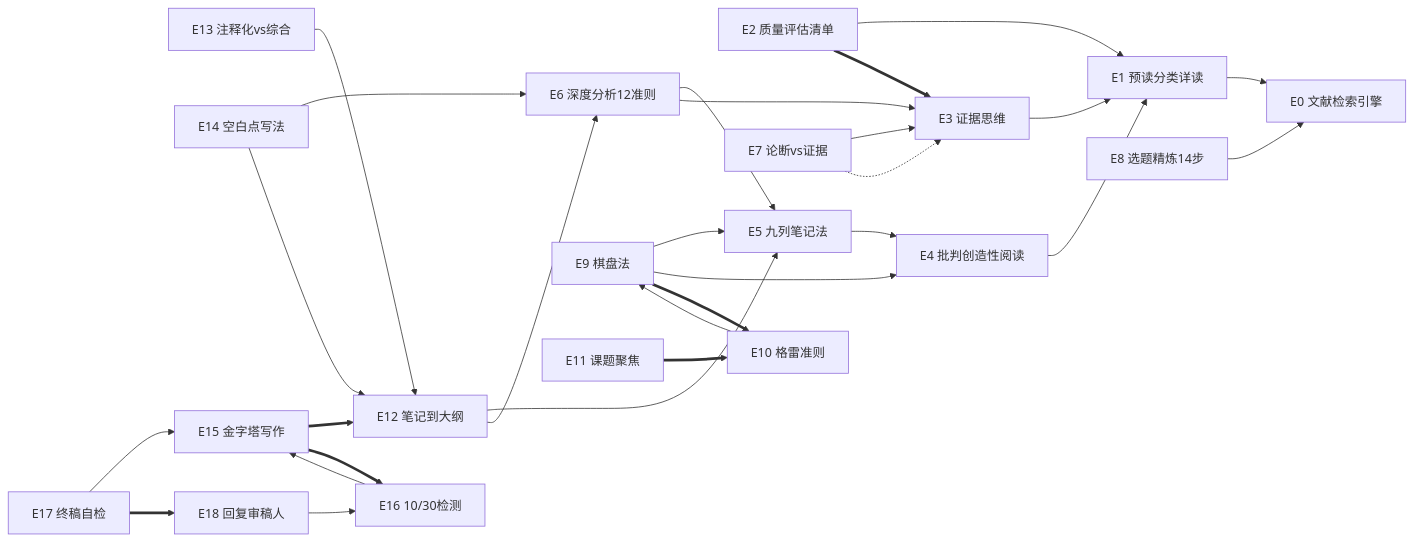
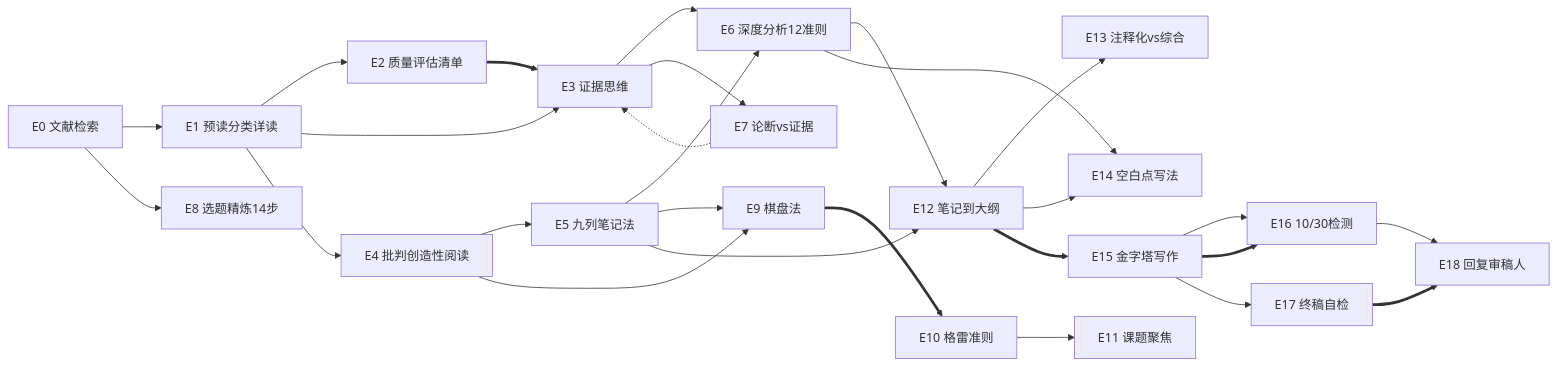
The diagram in project-docs/SUITE_INDEX.md (Rodneyli/paper-writing-skills), drawn with Mermaid before and after one commit. The commit also changed other lines of this file and 37 other files, not shown here.

````diff
--- a/project-docs/SUITE_INDEX.md
+++ b/project-docs/SUITE_INDEX.md
@@ -100,50 +72,29 @@
 ```mermaid
 graph LR
-    E0[E0 文献检索引擎]
-    E1[E1 预读分类详读]
-    E2[E2 质量评估清单]
-    E3[E3 证据思维]
-    E4[E4 批判创造性阅读]
-    E5[E5 九列笔记法]
-    E6[E6 深度分析12准则]
-    E7[E7 论断vs证据]
-    E8[E8 选题精炼14步]
-    E9[E9 棋盘法]
-    E10[E10 格雷准则]
-    E11[E11 课题聚焦]
-    E12[E12 笔记到大纲]
-    E13[E13 注释化vs综合]
-    E14[E14 空白点写法]
-    E15[E15 金字塔写作]
-    E16[E16 10/30检测]
-    E17[E17 终稿自检]
-    E18[E18 回复审稿人]
-
-    E1 --> E0
-    E2 --> E1
-    E3 --> E1
+    E0[E0 文献检索] --> E1[E1 预读分类详读]
+    E1 --> E2[E2 质量评估清单]
+    E1 --> E3[E3 证据思维]
     E2 ==> E3
-    E4 --> E1
-    E5 --> E4
-    E6 --> E5
-    E6 --> E3
-    E7 --> E3
+    E1 --> E4[E4 批判创造性阅读]
+    E4 --> E5[E5 九列笔记法]
+    E5 --> E6[E6 深度分析12准则]
+    E3 --> E6
+    E3 --> E7[E7 论断vs证据]
     E7 -.-> E3
-    E8 --> E0
-    E9 --> E5
-    E9 --> E4
-    E10 --> E9
-    E9 ==> E10
-    E11 ==> E10
-    E12 --> E5
-    E12 --> E6
-    E13 --> E12
-    E14 --> E6
-    E14 --> E12
-    E15 ==> E12
-    E16 --> E15
+    E0 --> E8[E8 选题精炼14步]
+    E4 --> E9[E9 棋盘法]
+    E5 --> E9
+    E9 ==> E10[E10 格雷准则]
+    E10 --> E11[E11 课题聚焦]
+    E5 --> E12[E12 笔记到大纲]
+    E6 --> E12
+    E12 --> E13[E13 注释化vs综合]
+    E6 --> E14[E14 空白点写法]
+    E12 --> E14
+    E12 ==> E15[E15 金字塔写作]
+    E15 --> E16[E16 10/30检测]
     E15 ==> E16
-    E17 --> E15
-    E18 --> E16
+    E15 --> E17[E17 终稿自检]
+    E16 --> E18[E18 回复审稿人]
     E17 ==> E18
 ```
````
